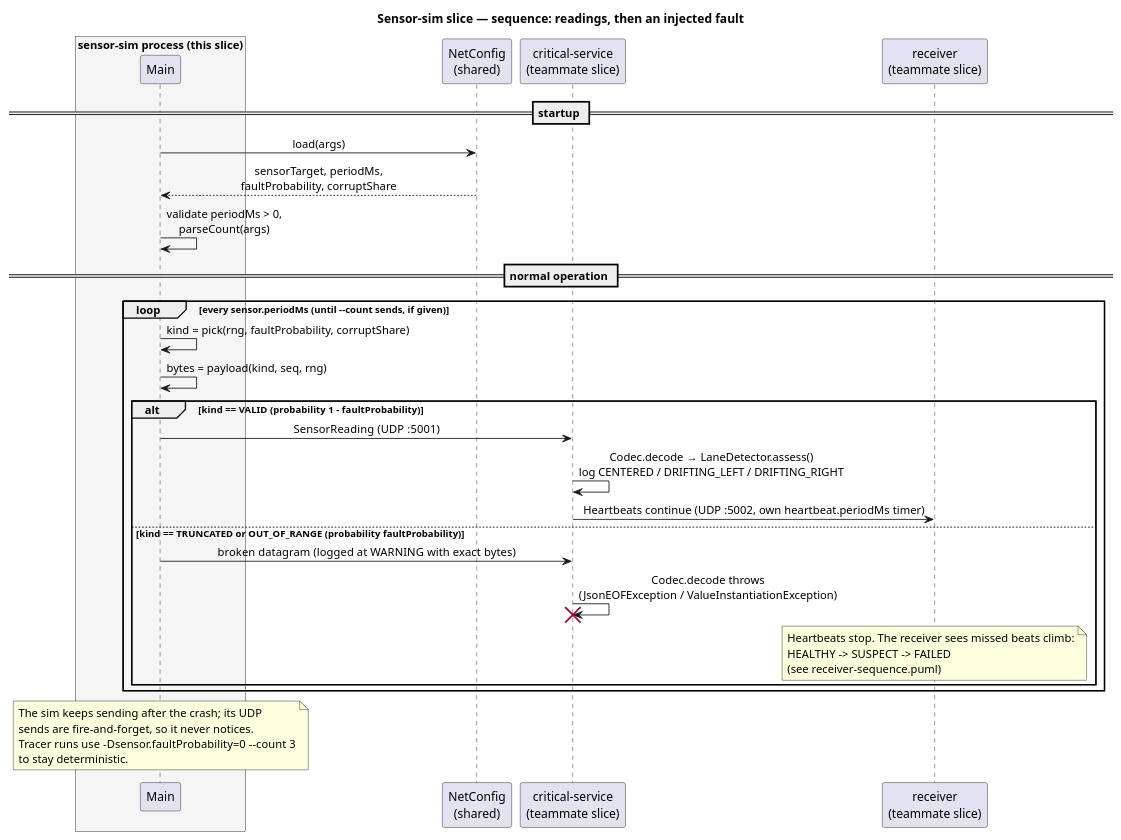
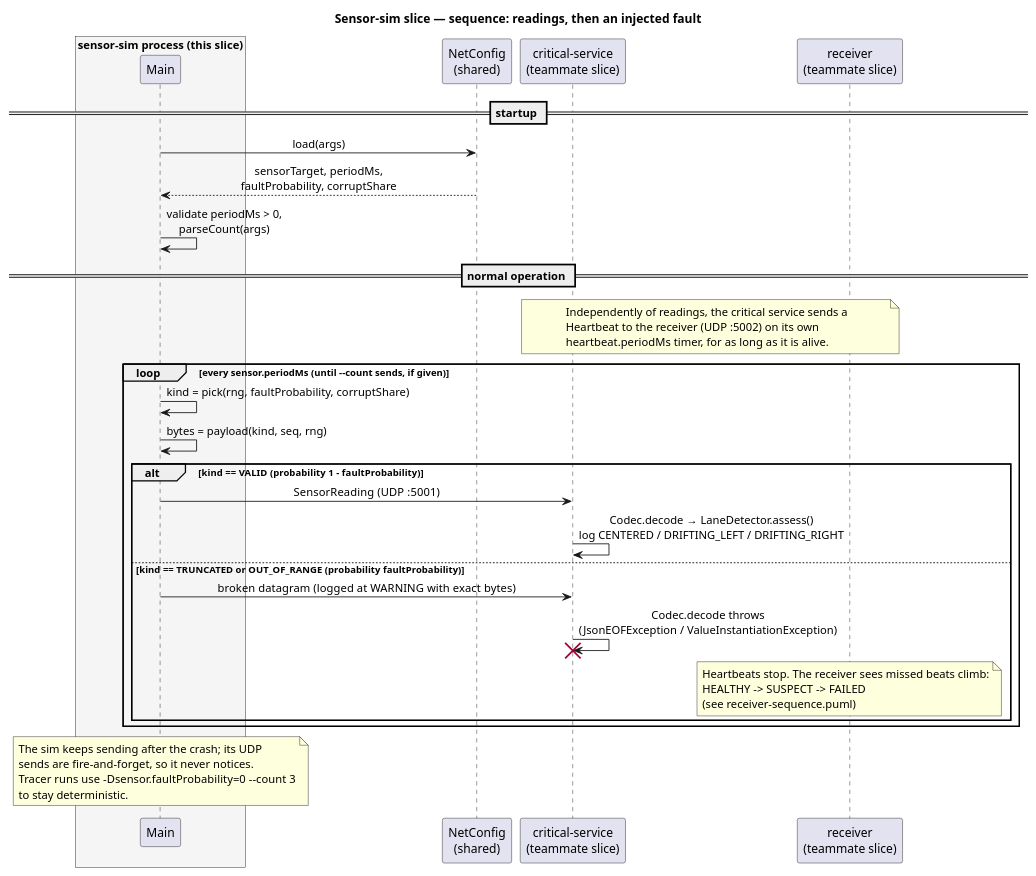
Before and after one commit to kobster68/tactic-implementation: the diagram in uml/sensor-sim/sensor-sim-sequence.puml, drawn with PlantUML. The commit also changed 2 other files, not shown here.

Commit message:
docs: show critical-service heartbeats as independent of readings
Replaces the heartbeat arrow inside the VALID branch with a standalone
note, so the sequence doesn't suggest readings drive the beats.
Addresses review feedback on #6.

```diff
--- a/uml/sensor-sim/sensor-sim-sequence.puml
+++ b/uml/sensor-sim/sensor-sim-sequence.puml
@@ -1,45 +1,49 @@
 @startuml sensor-sim-sequence
 title Sensor-sim slice — sequence: readings, then an injected fault
 
 skinparam shadowing false
 skinparam sequenceMessageAlign center
 
 box "sensor-sim process (this slice)" #F5F5F5
   participant "Main" as SIM
 end box
 participant "NetConfig\n(shared)" as CFG
 participant "critical-service\n(teammate slice)" as CS
 participant "receiver\n(teammate slice)" as RCV
 
 == startup ==
 SIM -> CFG : load(args)
 CFG --> SIM : sensorTarget, periodMs,\nfaultProbability, corruptShare
 SIM -> SIM : validate periodMs > 0,\nparseCount(args)
 
 == normal operation ==
+note over CS, RCV
+  Independently of readings, the critical service sends a
+  Heartbeat to the receiver (UDP :5002) on its own
+  heartbeat.periodMs timer, for as long as it is alive.
+end note
 loop every sensor.periodMs (until --count sends, if given)
   SIM -> SIM : kind = pick(rng, faultProbability, corruptShare)
   SIM -> SIM : bytes = payload(kind, seq, rng)
   alt kind == VALID  (probability 1 - faultProbability)
     SIM -> CS : SensorReading  (UDP :5001)
     CS -> CS : Codec.decode → LaneDetector.assess()\nlog CENTERED / DRIFTING_LEFT / DRIFTING_RIGHT
-    CS -> RCV : Heartbeats continue  (UDP :5002, own heartbeat.periodMs timer)
   else kind == TRUNCATED or OUT_OF_RANGE  (probability faultProbability)
     SIM -> CS : broken datagram  (logged at WARNING with exact bytes)
     CS -> CS : Codec.decode throws\n(JsonEOFException / ValueInstantiationException)
     destroy CS
     note over RCV
       Heartbeats stop. The receiver sees missed beats climb:
       HEALTHY -> SUSPECT -> FAILED
       (see receiver-sequence.puml)
     end note
   end
 end
 
 note over SIM
   The sim keeps sending after the crash; its UDP
   sends are fire-and-forget, so it never notices.
   Tracer runs use -Dsensor.faultProbability=0 --count 3
   to stay deterministic.
 end note
 @enduml
```
